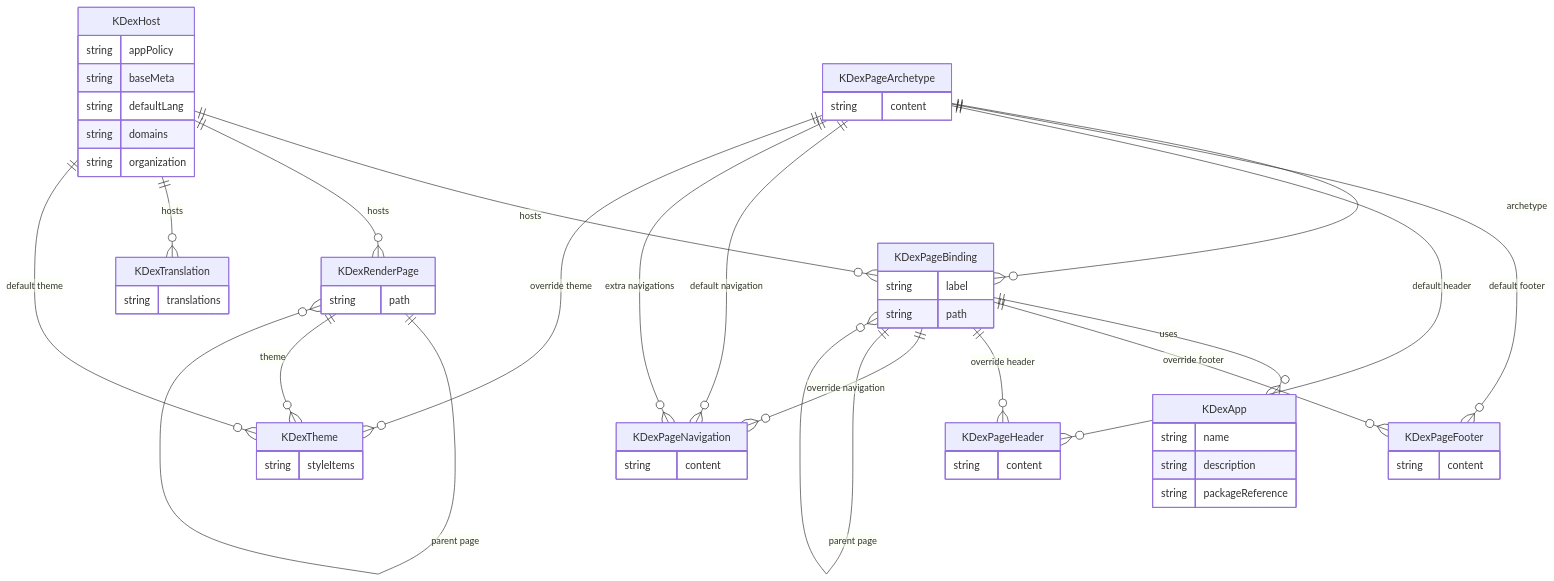
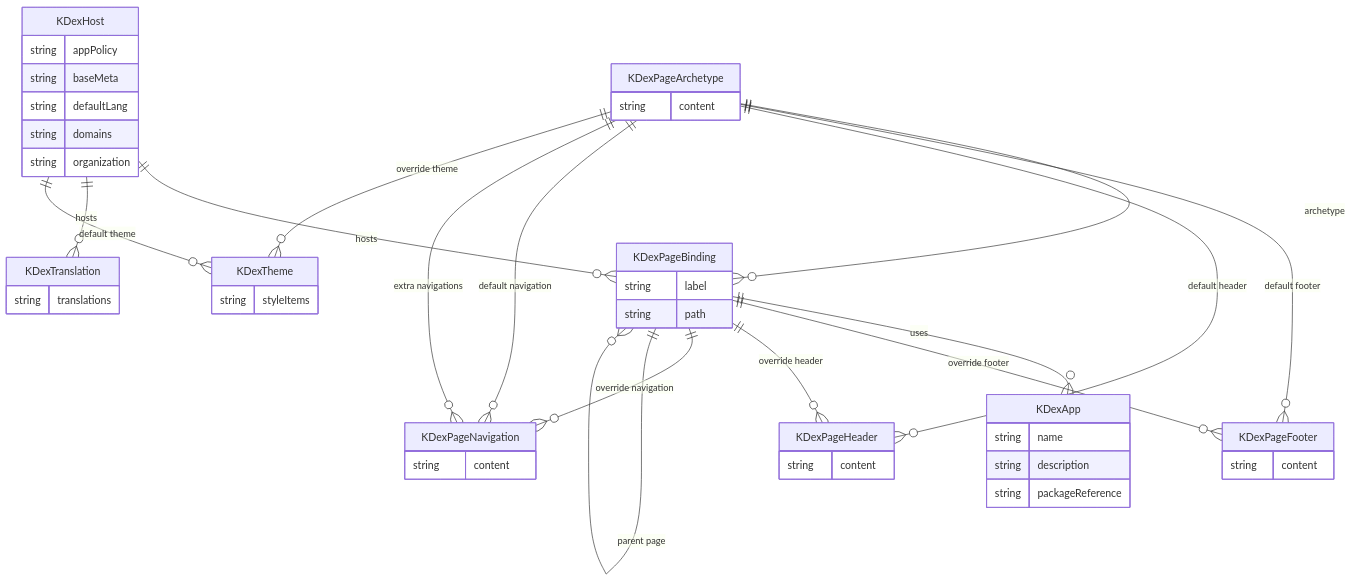
Before and after one commit to kdex-tech/kdex-crds: the diagram in CRD_RELATIONSHIPS.md, drawn with Mermaid. The commit also changed 12 other files, not shown here.

````diff
--- a/CRD_RELATIONSHIPS.md
+++ b/CRD_RELATIONSHIPS.md
@@ -5,70 +5,62 @@
 ```mermaid
 erDiagram
     KDexHost ||--o{ KDexPageBinding : "hosts"
-    KDexHost ||--o{ KDexRenderPage : "hosts"
     KDexHost ||--o{ KDexTranslation : "hosts"
     KDexHost ||--o{ KDexTheme : "default theme"
 
     KDexPageArchetype ||--o{ KDexPageBinding : "archetype"
     KDexPageArchetype ||--o{ KDexPageFooter : "default footer"
     KDexPageArchetype ||--o{ KDexPageHeader : "default header"
     KDexPageArchetype ||--o{ KDexPageNavigation : "default navigation"
     KDexPageArchetype ||--o{ KDexPageNavigation : "extra navigations"
     KDexPageArchetype ||--o{ KDexTheme : "override theme"
 
     KDexPageBinding ||--o{ KDexApp : "uses"
     KDexPageBinding ||--o{ KDexPageFooter : "override footer"
     KDexPageBinding ||--o{ KDexPageHeader : "override header"
     KDexPageBinding ||--o{ KDexPageNavigation : "override navigation"
     KDexPageBinding ||--o{ KDexPageBinding : "parent page"
-
-    KDexRenderPage ||--o{ KDexRenderPage : "parent page"
-    KDexRenderPage ||--o{ KDexTheme : "theme"
 
     KDexApp {
         string name
         string description
         string packageReference
     }
 
     KDexHost {
         string appPolicy
         string baseMeta
         string defaultLang
         string domains
         string organization
     }
 
     KDexPageArchetype {
         string content
     }
 
     KDexPageBinding {
         string label
         string path
     }
 
     KDexPageFooter {
         string content
     }
 
     KDexPageHeader {
         string content
     }
 
     KDexPageNavigation {
         string content
     }
 
-    KDexRenderPage {
-        string path
-    }
-
     KDexTheme {
         string styleItems
     }
 
     KDexTranslation {
         string translations
     }
 ```
````
